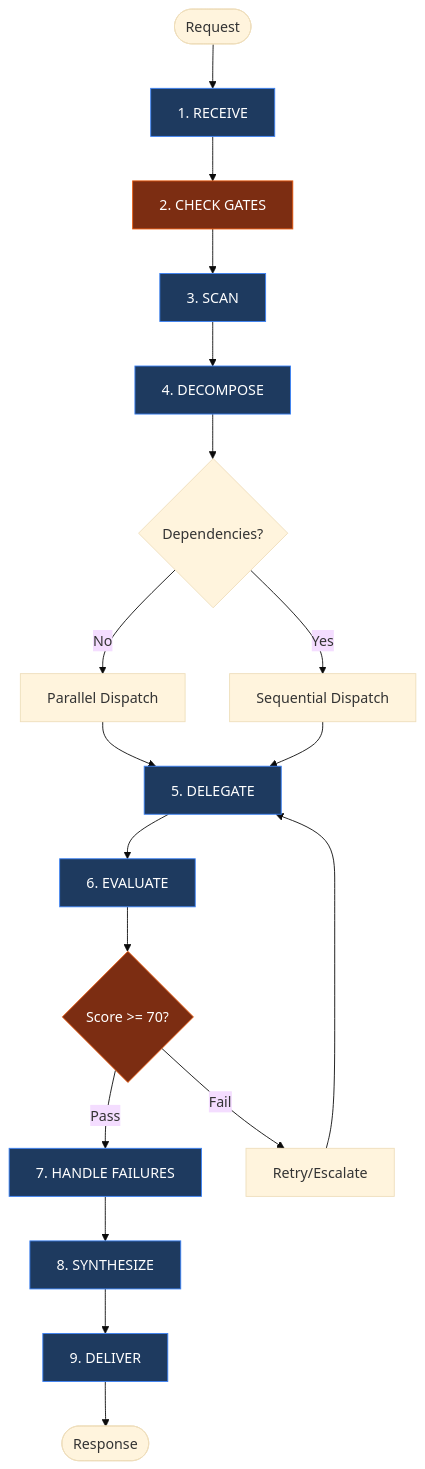
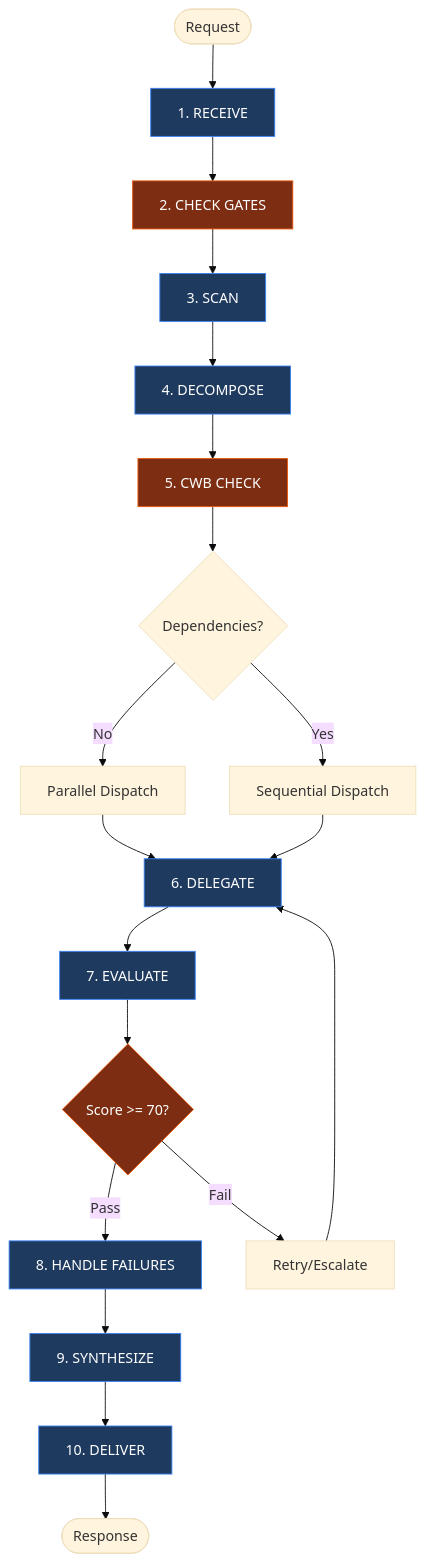
The first of 2 diagrams in .opencode/agent/orchestrate.md (MichelKerkmeester/opencode-spec-kit-framework), drawn with Mermaid (base theme) before and after one commit. The commit also changed other lines of this file and 8 other files, not shown here.

````diff
--- a/.opencode/agent/orchestrate.md
+++ b/.opencode/agent/orchestrate.md
@@ -46,23 +47,24 @@
 ```mermaid
 flowchart TD
     classDef core fill:#1e3a5f,stroke:#3b82f6,color:#fff
     classDef gate fill:#7c2d12,stroke:#ea580c,color:#fff
 
     START([Request]) --> R1[1. RECEIVE]:::core
     R1 --> R2[2. CHECK GATES]:::gate
     R2 --> R3[3. SCAN]:::core
     R3 --> R4[4. DECOMPOSE]:::core
-    R4 --> PARALLEL{Dependencies?}
+    R4 --> CWB[5. CWB CHECK]:::gate
+    CWB --> PARALLEL{Dependencies?}
     PARALLEL -->|No| PAR[Parallel Dispatch]
     PARALLEL -->|Yes| SEQ[Sequential Dispatch]
-    PAR --> R5[5. DELEGATE]:::core
-    SEQ --> R5
-    R5 --> R6[6. EVALUATE]:::core
-    R6 --> QUALITY{Score >= 70?}:::gate
-    QUALITY -->|Pass| R7[7. HANDLE FAILURES]:::core
+    PAR --> R6[6. DELEGATE]:::core
+    SEQ --> R6
+    R6 --> R7[7. EVALUATE]:::core
+    R7 --> QUALITY{Score >= 70?}:::gate
+    QUALITY -->|Pass| R8[8. HANDLE FAILURES]:::core
     QUALITY -->|Fail| RETRY[Retry/Escalate]
-    RETRY --> R5
-    R7 --> R8[8. SYNTHESIZE]:::core
-    R8 --> R9[9. DELIVER]:::core
-    R9 --> DONE([Response])
+    RETRY --> R6
+    R8 --> R9[9. SYNTHESIZE]:::core
+    R9 --> R10[10. DELIVER]:::core
+    R10 --> DONE([Response])
 ```
````
